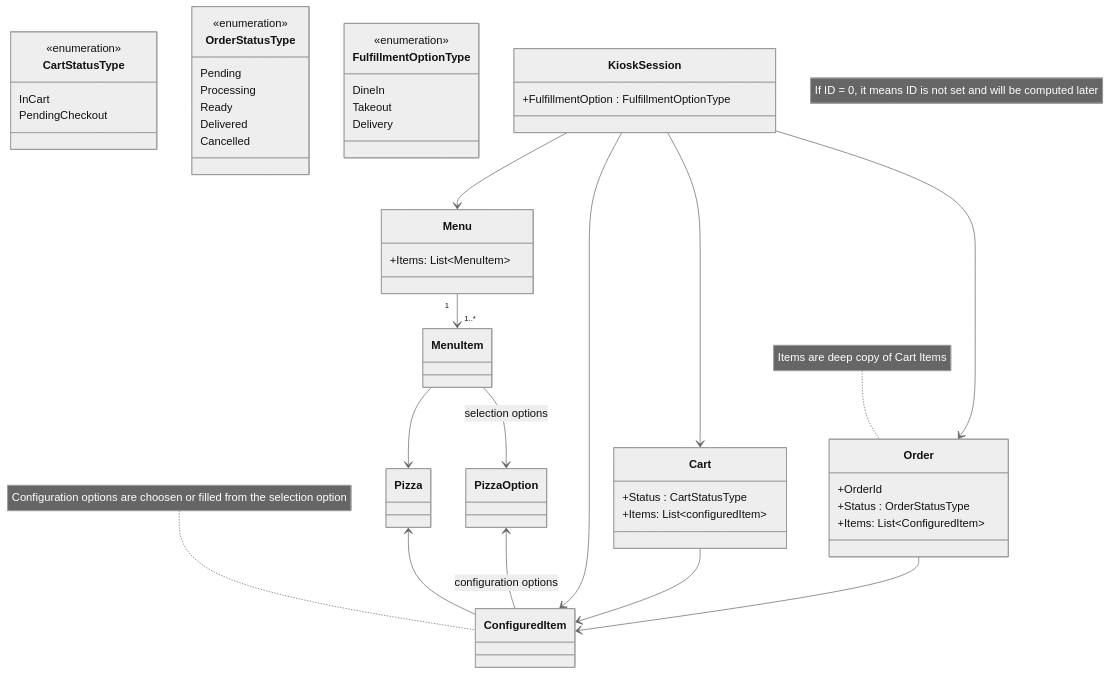
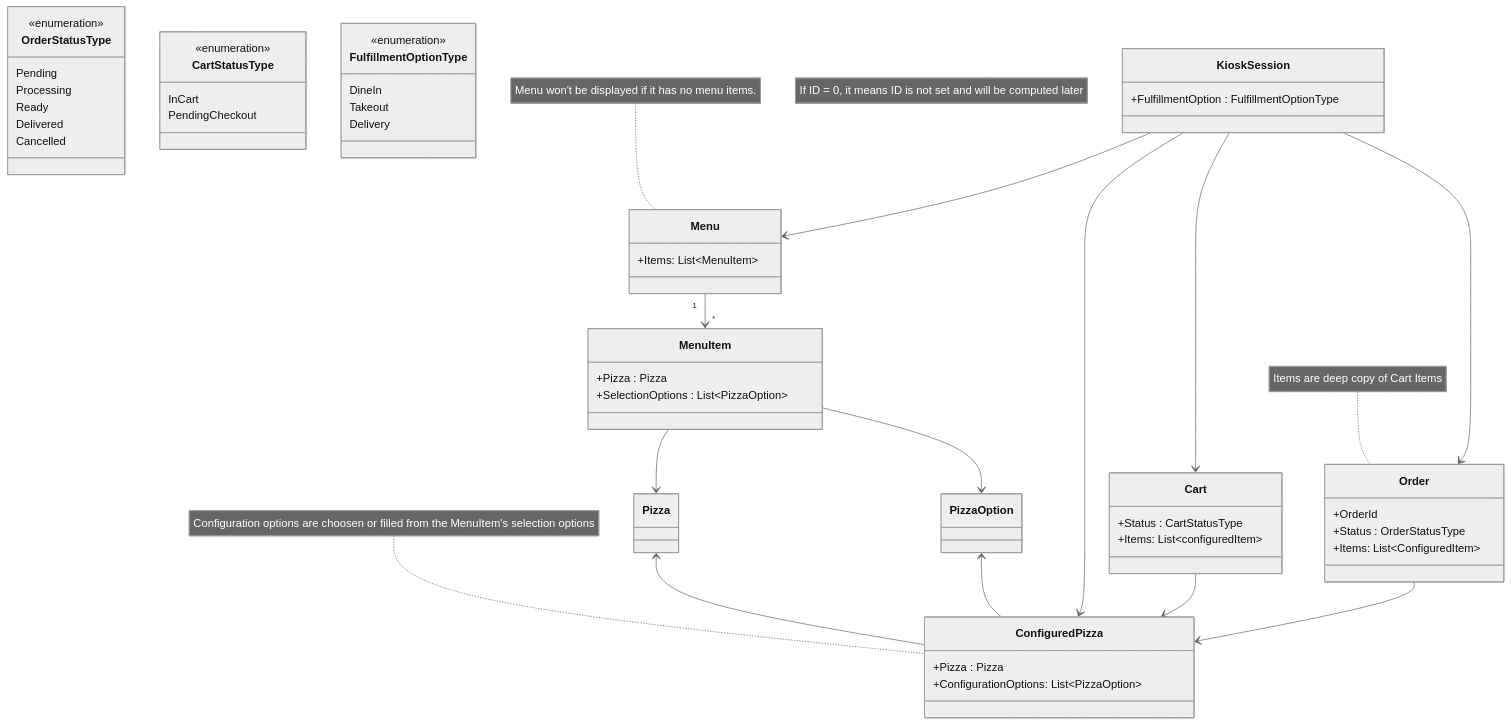
One commit to ekral/Utb.PizzaKiosk changed the diagram in README.md. Above: the diagram before and after it, drawn with Mermaid (neutral theme).

````diff
--- a/README.md
+++ b/README.md
@@ -160,65 +160,77 @@
 ```mermaid
  classDiagram
-   note "If ID = 0, it means ID is not set and will be computed later"
-   %% direction LR
-   class PizzaOption
-   class Pizza
-   class MenuItem
-   class Menu{
-      +Items: List~MenuItem~
-   }
-
-   note for ConfiguredItem "Configuration options are choosen or filled from the selection option"
-   class ConfiguredItem
-
-   class CartStatusType{
-      <<enumeration>>
-      InCart
-      PendingCheckout
-   }
-
-   class Cart{
-      +Status : CartStatusType
-      +Items: List~configuredItem~
-   }
 
    class OrderStatusType{
       <<enumeration>>
       Pending
       Processing
       Ready
       Delivered
       Cancelled
    }
 
-   note for Order "Items are deep copy of Cart Items"
-
-   class Order{
-      +OrderId
-      +Status : OrderStatusType
-      +Items: List~ConfiguredItem~
+   class CartStatusType{
+      <<enumeration>>
+      InCart
+      PendingCheckout
    }
 
    class FulfillmentOptionType{
       <<enumeration>>
       DineIn
       Takeout
       Delivery
    }
 
+   note "If ID = 0, it means ID is not set and will be computed later"
+   %% direction LR
+   class PizzaOption
+   class Pizza
+   class MenuItem{
+      +Pizza : Pizza
+      +SelectionOptions : List~PizzaOption~
+   }
+   
+   note for Menu "Menu won't be displayed if it has no menu items."
+   class Menu{
+      +Items: List~MenuItem~
+   }
+
+   note for ConfiguredPizza "Configuration options are choosen or filled from the MenuItem's selection options"
+   class ConfiguredPizza{
+      +Pizza : Pizza
+      +ConfigurationOptions: List~PizzaOption~
+   }
+
+   class Cart{
+      +Status : CartStatusType
+      +Items: List~configuredItem~
+   }
+
+   
+   note for Order "Items are deep copy of Cart Items"
+
+   class Order{
+      +OrderId
+      +Status : OrderStatusType
+      +Items: List~ConfiguredItem~
+   }
+
+
+
    class KioskSession{
       +FulfillmentOption : FulfillmentOptionType
    }
 
    MenuItem --> Pizza
-   Pizza <-- ConfiguredItem
-   MenuItem --> PizzaOption : selection options
-   PizzaOption <-- ConfiguredItem : configuration options
-   Menu "1"--> "1..*" MenuItem
+   Pizza <-- ConfiguredPizza
+   MenuItem --> PizzaOption
+   PizzaOption <-- ConfiguredPizza
+   Menu "1"--> "*" MenuItem
    KioskSession --> Menu
-   KioskSession  --> ConfiguredItem
+   KioskSession  --> ConfiguredPizza
    KioskSession  --> Cart
    KioskSession  --> Order
-   Cart --> ConfiguredItem
-   Order --> ConfiguredItem
+   Cart --> ConfiguredPizza
+   Order --> ConfiguredPizza
 ```
````
